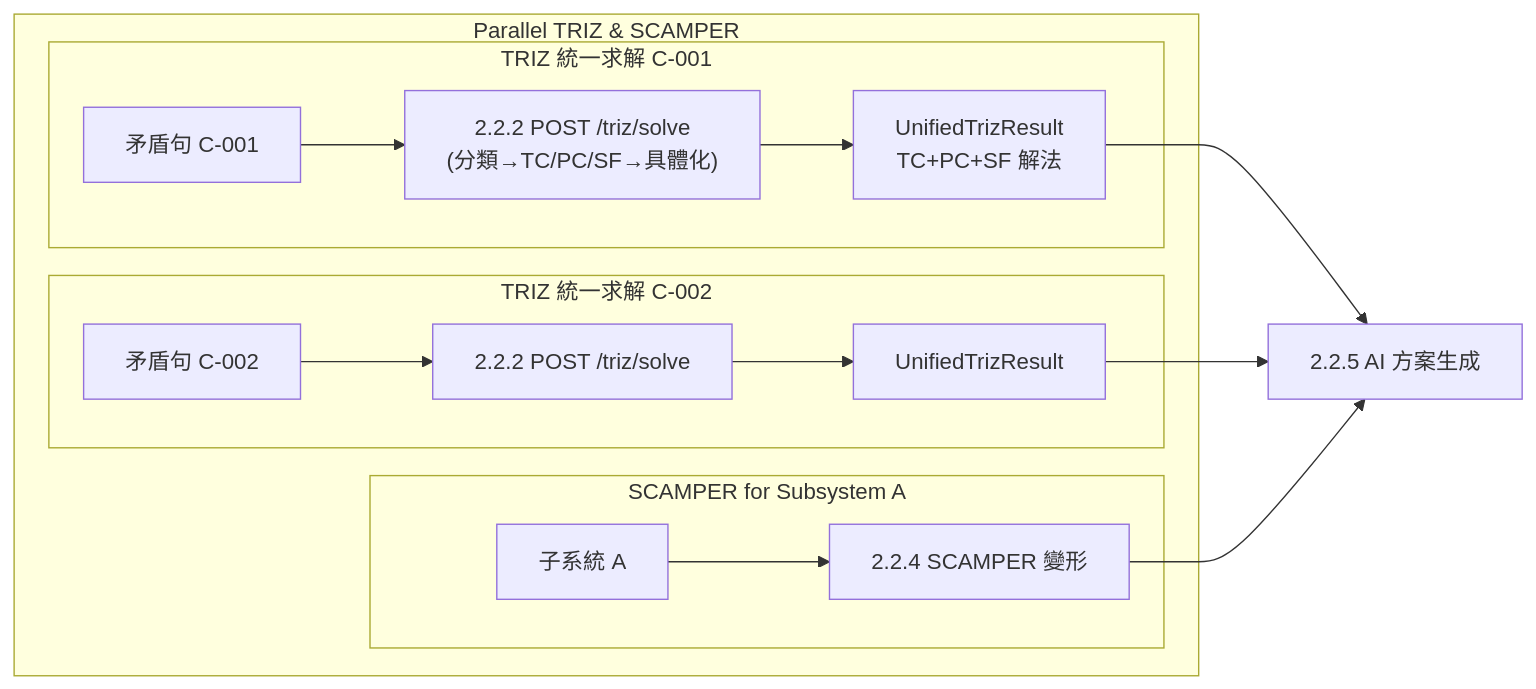
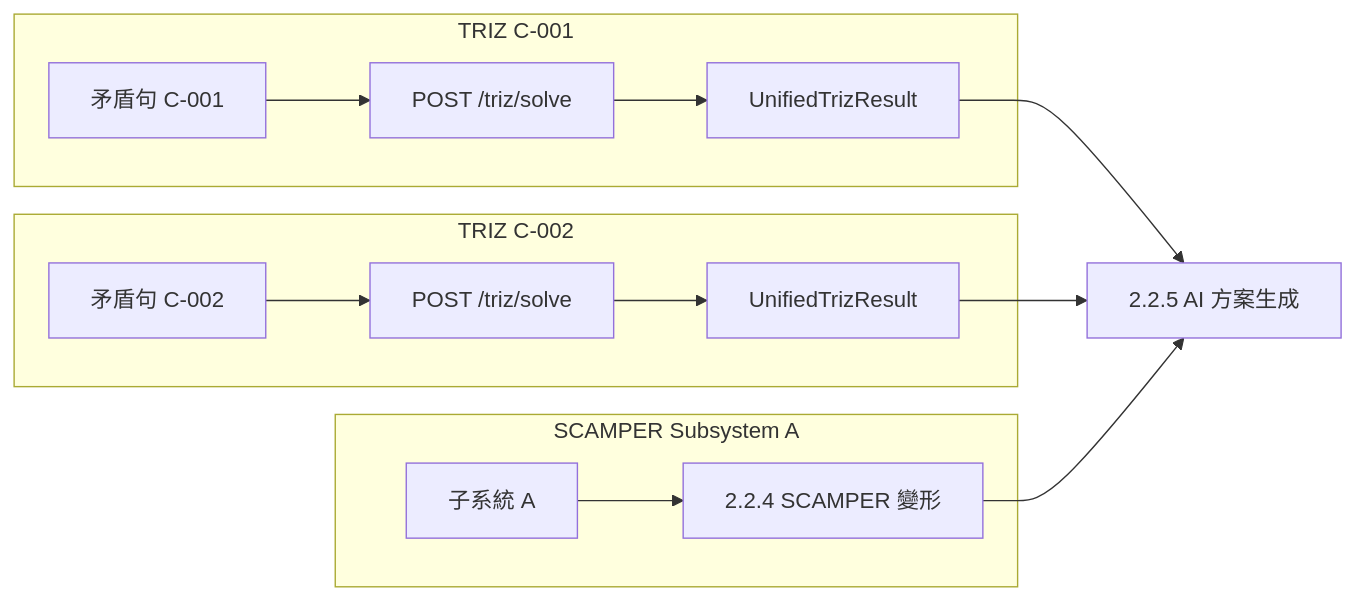
Before and after one commit to Zenobia000/AutoTRIZ_smart_design: the fifth of 5 diagrams in docs/e2e/RD_Design_Copilot_State_Machine.md, drawn with Mermaid. The commit also changed other lines of this file, not shown here.

First line of the commit message:
fix(docs): flatten nested subgraphs for Mermaid v8.8.0 compatibility

````diff
--- a/docs/e2e/RD_Design_Copilot_State_Machine.md
+++ b/docs/e2e/RD_Design_Copilot_State_Machine.md
@@ -123,19 +118,15 @@
 ```mermaid
-flowchart LR
-    subgraph "Parallel TRIZ & SCAMPER"
-        subgraph "TRIZ 統一求解 C-001"
-            C001_Input["矛盾句 C-001"] --> TRIZ_C001["2.2.2 POST /triz/solve<br>(分類→TC/PC/SF→具體化)"]
-            TRIZ_C001 --> C001_Result["UnifiedTrizResult<br>TC+PC+SF 解法"]
-        end
-        subgraph "TRIZ 統一求解 C-002"
-            C002_Input["矛盾句 C-002"] --> TRIZ_C002["2.2.2 POST /triz/solve"]
-            TRIZ_C002 --> C002_Result["UnifiedTrizResult"]
-        end
-        subgraph "SCAMPER for Subsystem A"
-            SSA_Input["子系統 A"] --> SCAMPER_SSA["2.2.4 SCAMPER 變形"]
-        end
+graph LR
+    subgraph TRIZ_C001["TRIZ C-001"]
+        C001_Input["矛盾句 C-001"] --> TRIZ_C001_Solve["POST /triz/solve"] --> C001_Result["UnifiedTrizResult"]
     end
-    C001_Result --> S2_2_5_AI_Gen["2.2.5 AI 方案生成"]
-    C002_Result --> S2_2_5_AI_Gen
-    SCAMPER_SSA --> S2_2_5_AI_Gen
+    subgraph TRIZ_C002["TRIZ C-002"]
+        C002_Input["矛盾句 C-002"] --> TRIZ_C002_Solve["POST /triz/solve"] --> C002_Result["UnifiedTrizResult"]
+    end
+    subgraph SCAMPER_A["SCAMPER Subsystem A"]
+        SSA_Input["子系統 A"] --> SCAMPER_SSA["2.2.4 SCAMPER 變形"]
+    end
+    C001_Result --> S2_2_5["2.2.5 AI 方案生成"]
+    C002_Result --> S2_2_5
+    SCAMPER_SSA --> S2_2_5
 ```
````
